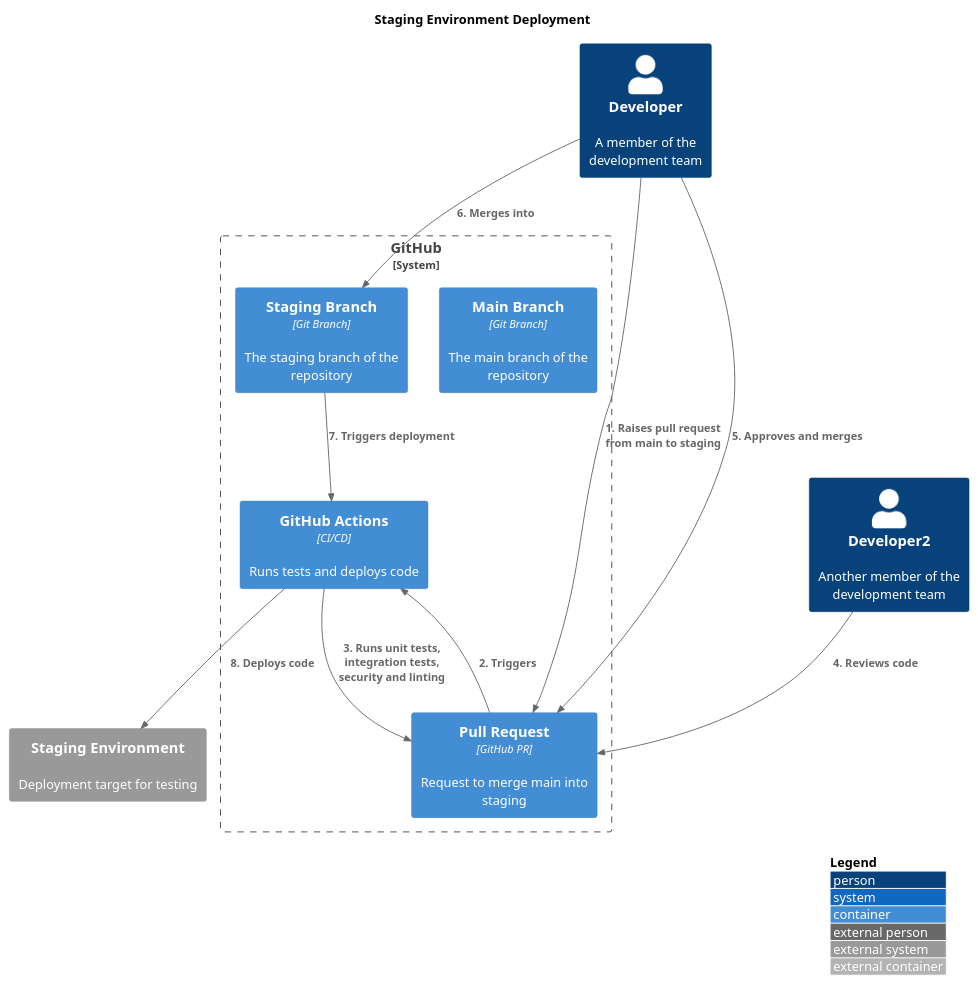
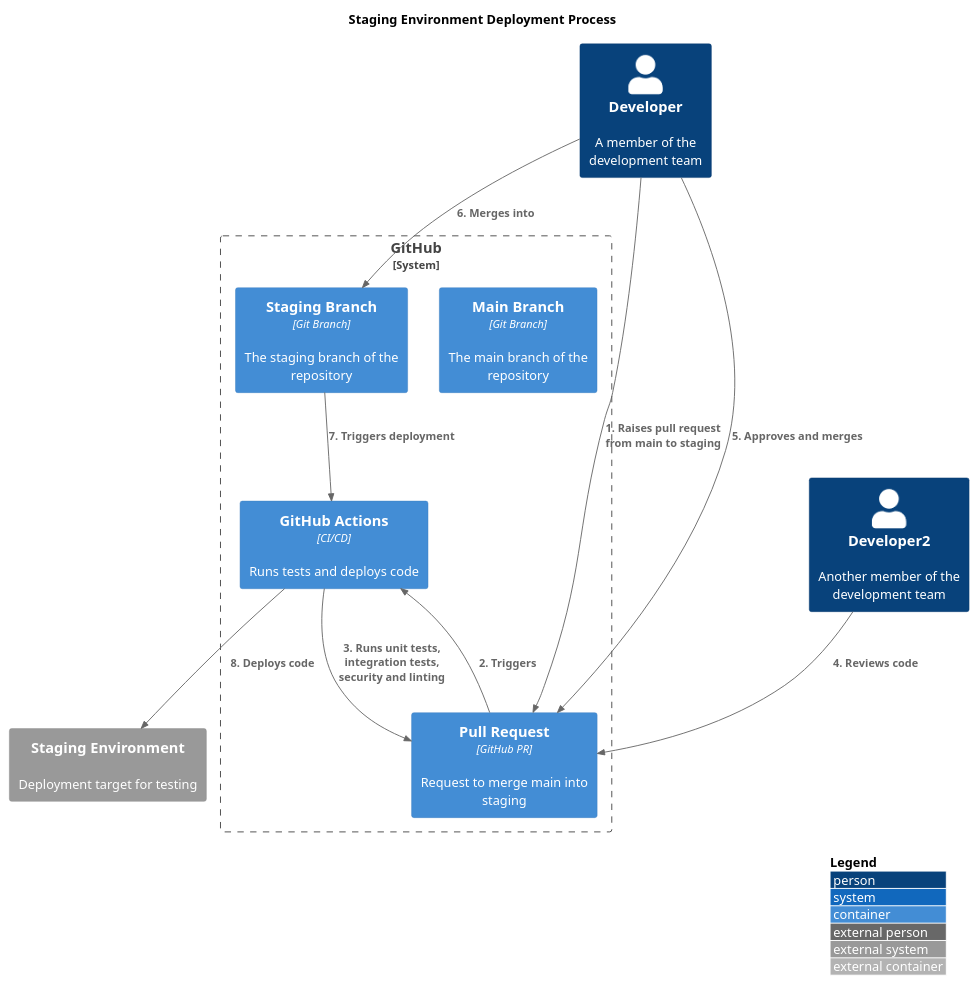
One commit to bitzesty/qae changed the diagram in doc/architecture/diagrams/deployment/deploy_staging.puml. Above: the diagram before and after it, drawn with PlantUML. The commit also changed 11 other files, not shown here.

Commit message:
Update diagram titles.

```diff
--- a/doc/architecture/diagrams/deployment/deploy_staging.puml
+++ b/doc/architecture/diagrams/deployment/deploy_staging.puml
@@ -1,29 +1,29 @@
-@startuml
+@startuml Staging Environment Deployment Process
 !include https://raw.githubusercontent.com/plantuml-stdlib/C4-PlantUML/master/C4_Container.puml
 
 LAYOUT_WITH_LEGEND()
 
-title Staging Environment Deployment
+title Staging Environment Deployment Process
 
 Person(developer, "Developer", "A member of the development team")
 Person(developer2, "Developer2", "Another member of the development team")
 
 System_Boundary(github, "GitHub") {
     Container(main_branch, "Main Branch", "Git Branch", "The main branch of the repository")
     Container(staging_branch, "Staging Branch", "Git Branch", "The staging branch of the repository")
     Container(pull_request, "Pull Request", "GitHub PR", "Request to merge main into staging")
     Container(github_actions, "GitHub Actions", "CI/CD", "Runs tests and deploys code")
 }
 
 System_Ext(staging_env, "Staging Environment", "Deployment target for testing")
 
 Rel(developer, pull_request, "1. Raises pull request from main to staging")
 Rel(pull_request, github_actions, "2. Triggers")
 Rel(github_actions, pull_request, "3. Runs unit tests, integration tests, security and linting")
 Rel(developer2, pull_request, "4. Reviews code")
 Rel(developer, pull_request, "5. Approves and merges")
 Rel(developer, staging_branch, "6. Merges into")
 Rel(staging_branch, github_actions, "7. Triggers deployment")
 Rel(github_actions, staging_env, "8. Deploys code")
 
 @enduml
```
